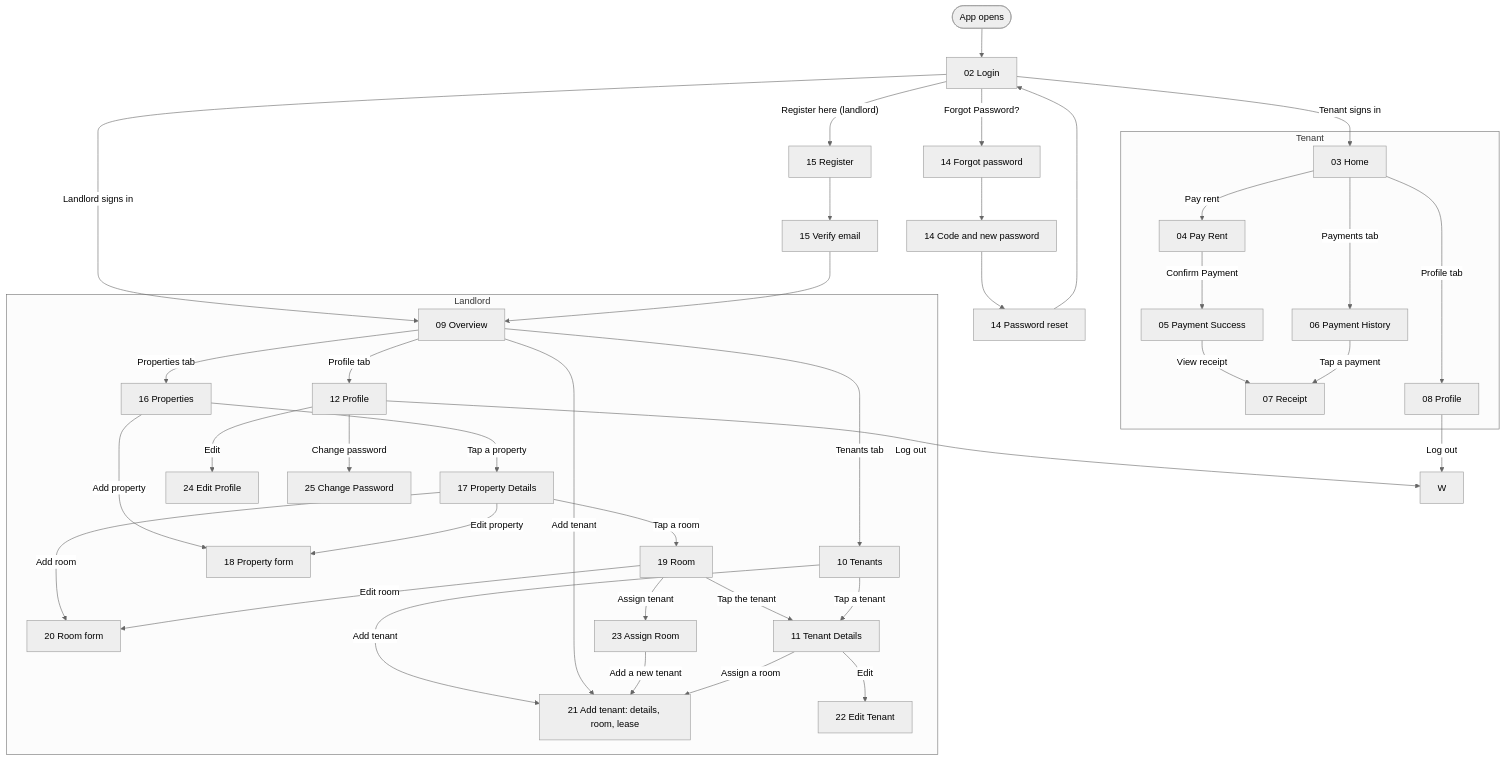
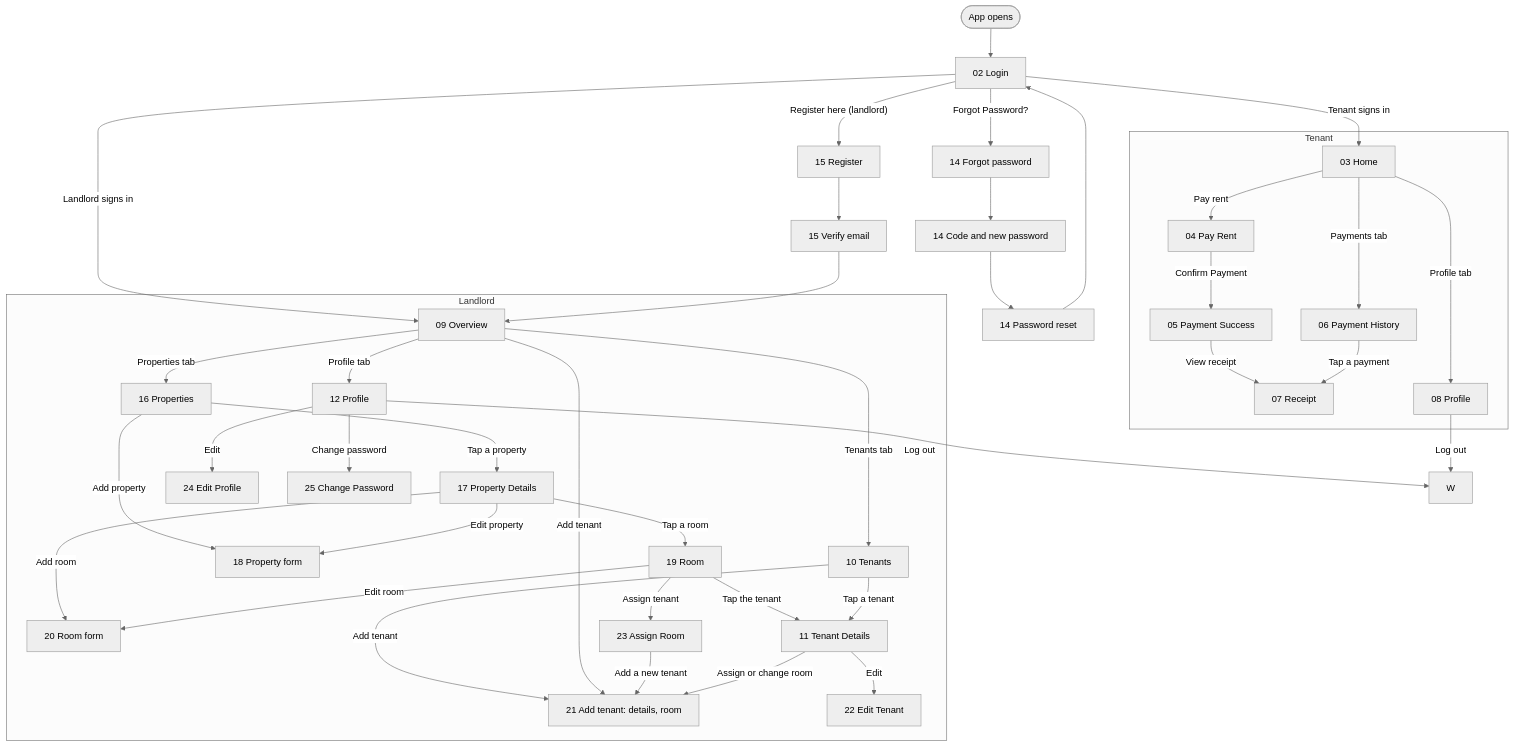
Before and after one commit to nil2022/rentwallet-app: the diagram in README.md, drawn with Mermaid (neutral theme). The commit also changed other lines of this file and 9 other files, not shown here.

````diff
--- a/README.md
+++ b/README.md
@@ -106,44 +106,44 @@
 ```mermaid
 flowchart TD
     S(["App opens"]) --> L["02 Login"]
     L -->|"Forgot Password?"| F1["14 Forgot password"]
     F1 --> F2["14 Code and new password"] --> F3["14 Password reset"] --> L
     L -->|"Register here (landlord)"| R1["15 Register"] --> R2["15 Verify email"]
     L -->|"Tenant signs in"| TH
     L -->|"Landlord signs in"| LO
     R2 --> LO
 
     subgraph Tenant
         TH["03 Home"] -->|"Pay rent"| PR["04 Pay Rent"]
         PR -->|"Confirm Payment"| PS["05 Payment Success"]
         PS -->|"View receipt"| RC["07 Receipt"]
         TH -->|"Payments tab"| PH["06 Payment History"]
         PH -->|"Tap a payment"| RC
         TH -->|"Profile tab"| TP["08 Profile"]
     end
 
     subgraph Landlord
         LO["09 Overview"] -->|"Properties tab"| PL["16 Properties"]
         LO -->|"Tenants tab"| TS["10 Tenants"]
         LO -->|"Profile tab"| LP["12 Profile"]
         PL -->|"Tap a property"| PD["17 Property Details"]
         PL -->|"Add property"| PF["18 Property form"]
         PD -->|"Edit property"| PF
         PD -->|"Add room"| RF["20 Room form"]
         PD -->|"Tap a room"| RD["19 Room"]
         RD -->|"Edit room"| RF
         RD -->|"Assign tenant"| AR["23 Assign Room"]
         RD -->|"Tap the tenant"| TD["11 Tenant Details"]
         TS -->|"Tap a tenant"| TD
-        TS -->|"Add tenant"| AT["21 Add tenant: details, room, lease"]
+        TS -->|"Add tenant"| AT["21 Add tenant: details, room"]
         LO -->|"Add tenant"| AT
         AR -->|"Add a new tenant"| AT
         TD -->|"Edit"| TF["22 Edit Tenant"]
-        TD -->|"Assign a room"| AT
+        TD -->|"Assign or change room"| AT
         LP -->|"Edit"| EP["24 Edit Profile"]
         LP -->|"Change password"| CP["25 Change Password"]
     end
 
     TP -->|"Log out"| W
     LP -->|"Log out"| W
 ```
````
